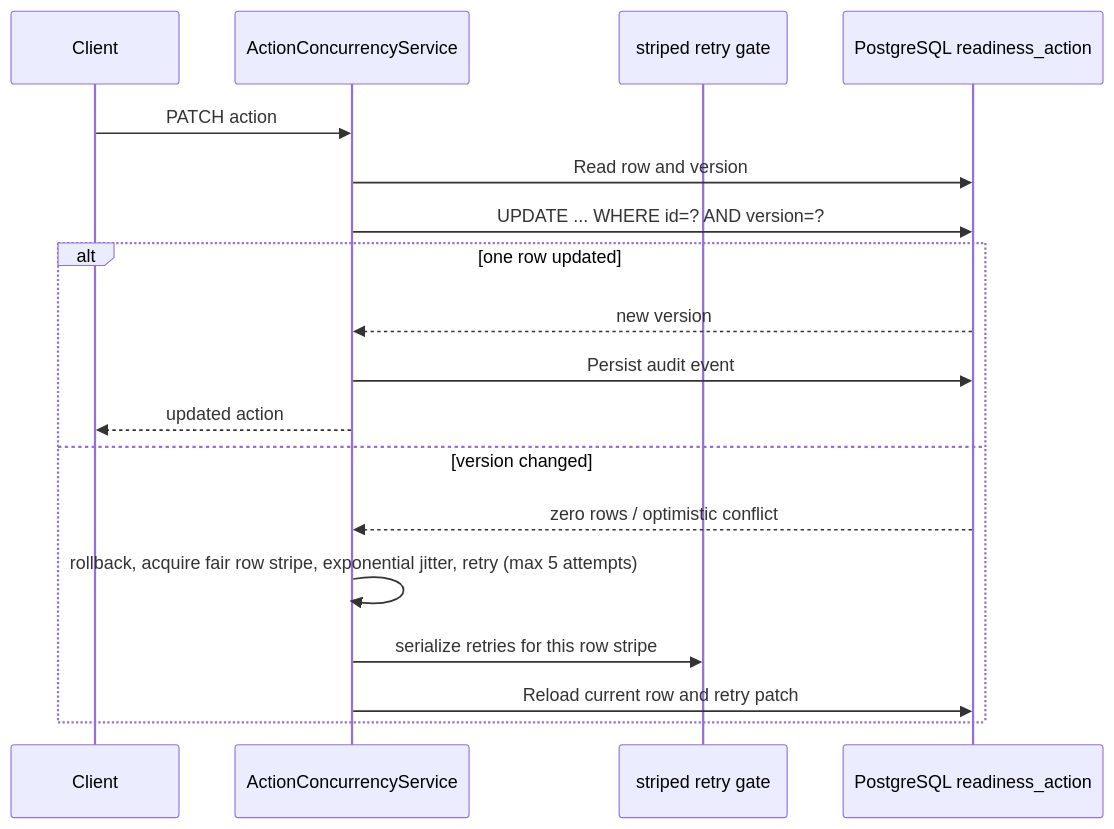
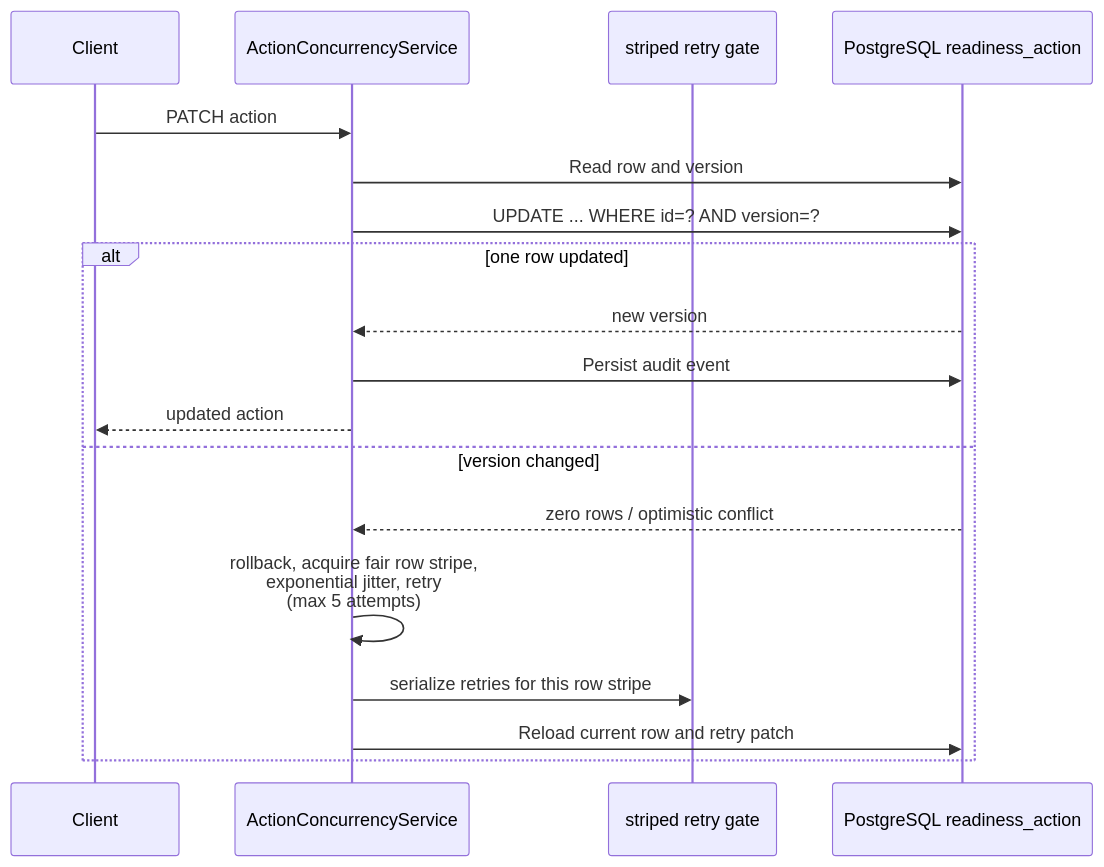
The diagram in docs/diagrams/readiness-action-optimistic-lock.md (kakali-bandyopadhyay/txb-readiness-workbench), drawn with Mermaid before and after one commit.

Commit message:
docs: wrap long retry label in optimistic-lock diagram

````diff
--- a/docs/diagrams/readiness-action-optimistic-lock.md
+++ b/docs/diagrams/readiness-action-optimistic-lock.md
@@ -3,20 +3,20 @@
 ```mermaid
 sequenceDiagram
     participant Client
     participant Update as ActionConcurrencyService
     participant Gate as striped retry gate
     participant DB as PostgreSQL readiness_action
     Client->>Update: PATCH action
     Update->>DB: Read row and version
     Update->>DB: UPDATE ... WHERE id=? AND version=?
     alt one row updated
         DB-->>Update: new version
         Update->>DB: Persist audit event
         Update-->>Client: updated action
     else version changed
         DB-->>Update: zero rows / optimistic conflict
-        Update->>Update: rollback, acquire fair row stripe, exponential jitter, retry (max 5 attempts)
+        Update->>Update: rollback, acquire fair row stripe,<br/>exponential jitter, retry<br/>(max 5 attempts)
         Update->>Gate: serialize retries for this row stripe
         Update->>DB: Reload current row and retry patch
     end
 ```
````
